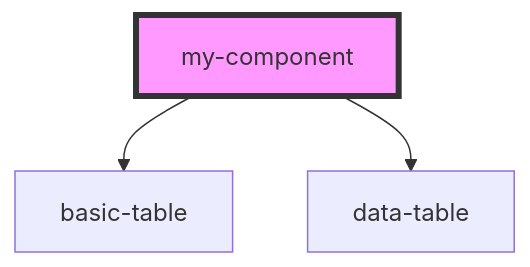
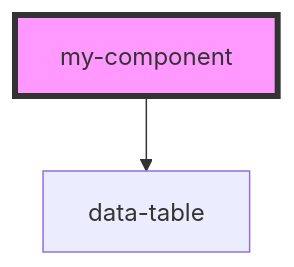
Before and after one commit to kalesmca/stenciljs: the diagram in mkw-data-table/src/components/my-component/readme.md, drawn with Mermaid. The commit also changed other lines of this file and 10 other files, not shown here.

````diff
--- a/mkw-data-table/src/components/my-component/readme.md
+++ b/mkw-data-table/src/components/my-component/readme.md
@@ -27,6 +26,5 @@
 ```mermaid
 graph TD;
-  my-component --> basic-table
   my-component --> data-table
   style my-component fill:#f9f,stroke:#333,stroke-width:4px
 ```
````
